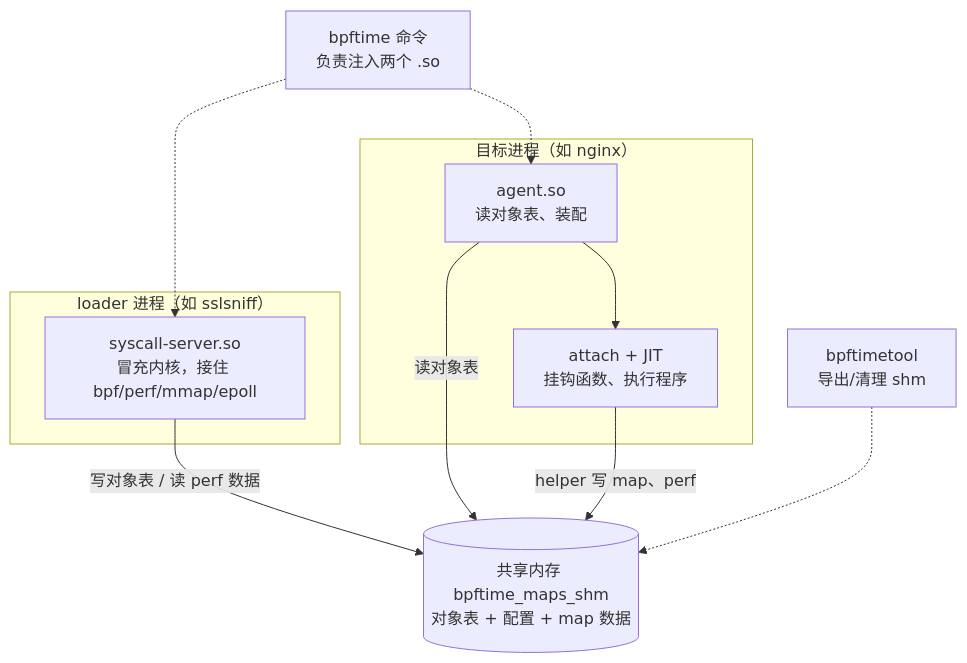
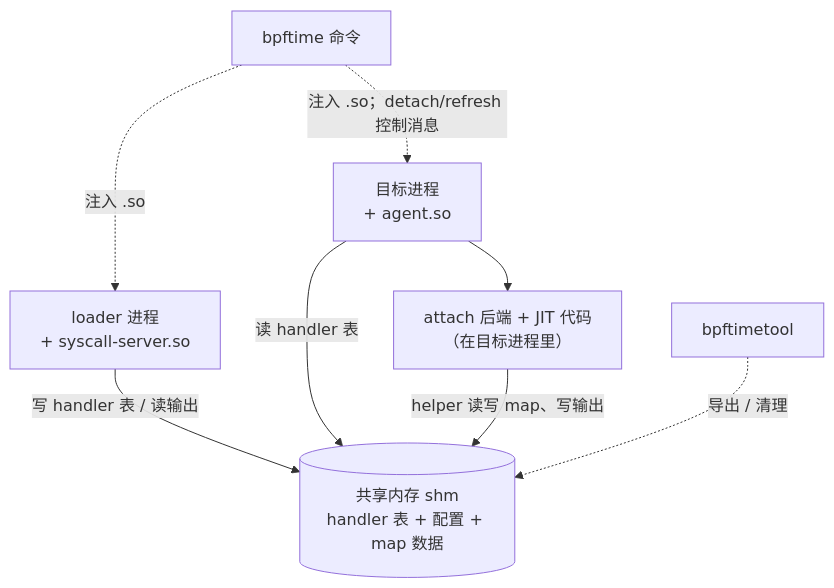
One commit to plsy1/bpftime-benchmark changed the second of 3 diagrams in 00-architecture.md. Above: the diagram before and after it, drawn with Mermaid. The commit also changed other lines of this file and 40 other files, not shown here.

````diff
--- a/00-architecture.md
+++ b/00-architecture.md
@@ -206,18 +212,16 @@
 ```mermaid
 graph TD
-    subgraph loader["loader 进程（如 sslsniff）"]
-        SS["syscall-server.so<br/>冒充内核，接住 bpf/perf/mmap/epoll"]
-    end
-    subgraph target["目标进程（如 nginx）"]
-        AG["agent.so<br/>读对象表、装配"]
-        EXE["attach + JIT<br/>挂钩函数、执行程序"]
-        AG --> EXE
-    end
-    SHM[("共享内存 bpftime_maps_shm<br/>对象表 + 配置 + map 数据")]
-    SS -- "写对象表 / 读 perf 数据" --> SHM
-    AG -- "读对象表" --> SHM
-    EXE -- "helper 写 map、perf" --> SHM
-    CLI["bpftime 命令<br/>负责注入两个 .so"] -.-> SS
-    CLI -.-> AG
-    TOOL["bpftimetool<br/>导出/清理 shm"] -.-> SHM
+    SS["loader 进程<br/>+ syscall-server.so"]
+    AG["目标进程<br/>+ agent.so"]
+    EXE["attach 后端 + JIT 代码<br/>（在目标进程里）"]
+    SHM[("共享内存 shm<br/>handler 表 + 配置 + map 数据")]
+    CLI["bpftime 命令"]
+    TOOL["bpftimetool"]
+    SS -- "写 handler 表 / 读输出" --> SHM
+    AG -- "读 handler 表" --> SHM
+    AG --> EXE
+    EXE -- "helper 读写 map、写输出" --> SHM
+    CLI -. "注入 .so；detach/refresh 控制消息" .-> AG
+    CLI -. "注入 .so" .-> SS
+    TOOL -. "导出 / 清理" .-> SHM
 ```
````
